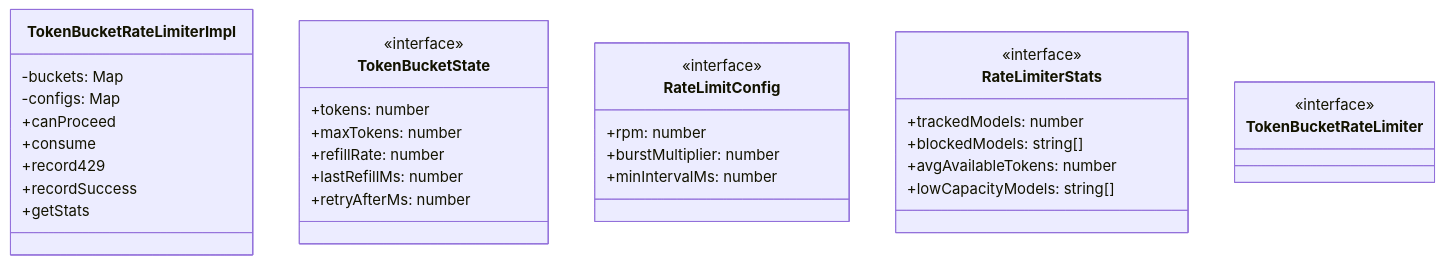
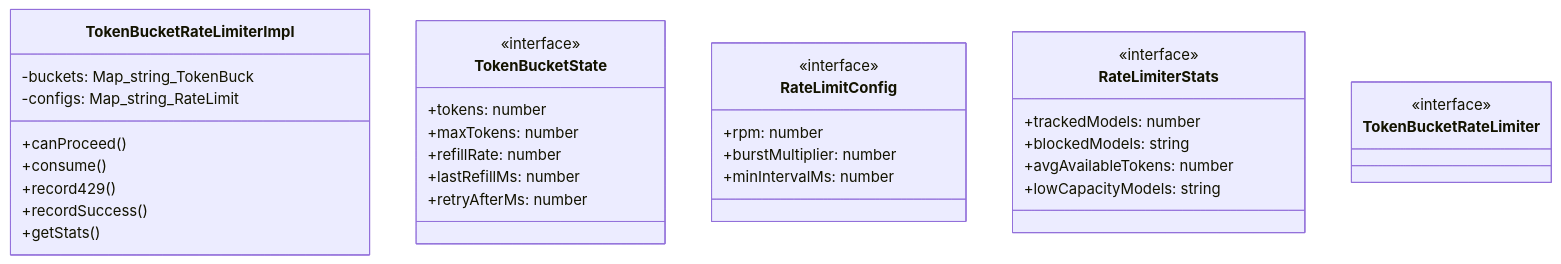
The first of 2 diagrams in ABDD/.pi/lib/token-bucket.md (Mekann2904/mekann), drawn with Mermaid before and after one commit. The commit also changed other lines of this file and 174 other files, not shown here.

First line of the commit message:
fix(docs): ABDDのMermaid図生成エラーを修正する

````diff
--- a/ABDD/.pi/lib/token-bucket.md
+++ b/ABDD/.pi/lib/token-bucket.md
@@ -31,36 +31,36 @@
 ```mermaid
 classDiagram
   class TokenBucketRateLimiterImpl {
-    -buckets: Map<stringTokenBucketState>
-    -configs: Map<stringRateLimitConfig>
-    +canProceed
-    +consume
-    +record429
-    +recordSuccess
-    +getStats
+    -buckets: Map_string_TokenBuck
+    -configs: Map_string_RateLimit
+    +canProceed()
+    +consume()
+    +record429()
+    +recordSuccess()
+    +getStats()
   }
   class TokenBucketState {
     <<interface>>
     +tokens: number
     +maxTokens: number
     +refillRate: number
     +lastRefillMs: number
     +retryAfterMs: number
   }
   class RateLimitConfig {
     <<interface>>
     +rpm: number
     +burstMultiplier: number
     +minIntervalMs: number
   }
   class RateLimiterStats {
     <<interface>>
     +trackedModels: number
-    +blockedModels: string[]
+    +blockedModels: string
     +avgAvailableTokens: number
-    +lowCapacityModels: string[]
+    +lowCapacityModels: string
   }
   class TokenBucketRateLimiter {
     <<interface>>
   }
 ```
````
